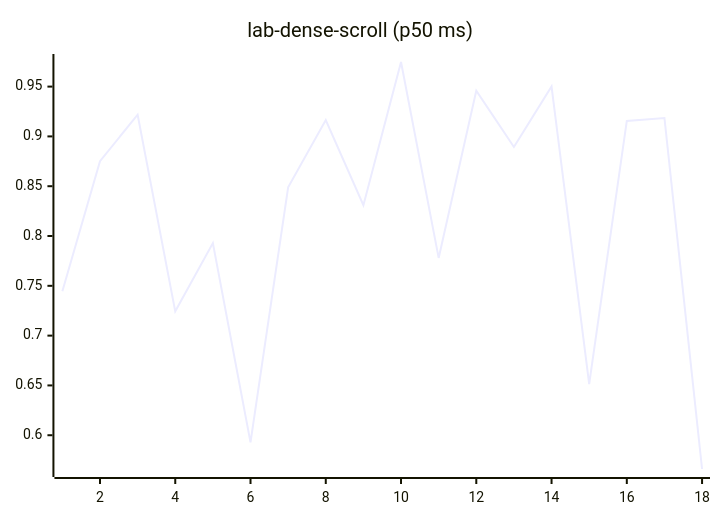
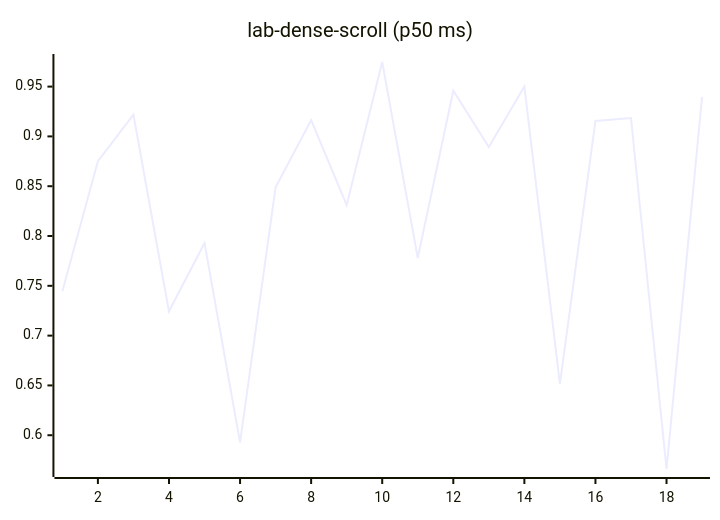
One commit to josha/Facet changed diagram 12 of 27 in README.md. Above: the diagram before and after it, drawn with Mermaid. The commit also changed other lines of this file and 2 other files, not shown here.

````diff
--- a/README.md
+++ b/README.md
@@ -140,6 +140,6 @@
 ```mermaid
 xychart-beta
     title "lab-dense-scroll (p50 ms)"
-    x-axis 1 --> 18
-    line [0.7446, 0.8751, 0.9218, 0.7244, 0.7929, 0.5928, 0.8489, 0.9164, 0.8310, 0.9747, 0.7780, 0.9459, 0.8894, 0.9501, 0.6514, 0.9155, 0.9185, 0.5661]
+    x-axis 1 --> 19
+    line [0.7446, 0.8751, 0.9218, 0.7244, 0.7929, 0.5928, 0.8489, 0.9164, 0.8310, 0.9747, 0.7780, 0.9459, 0.8894, 0.9501, 0.6514, 0.9155, 0.9185, 0.5661, 0.9396]
 ```
````
